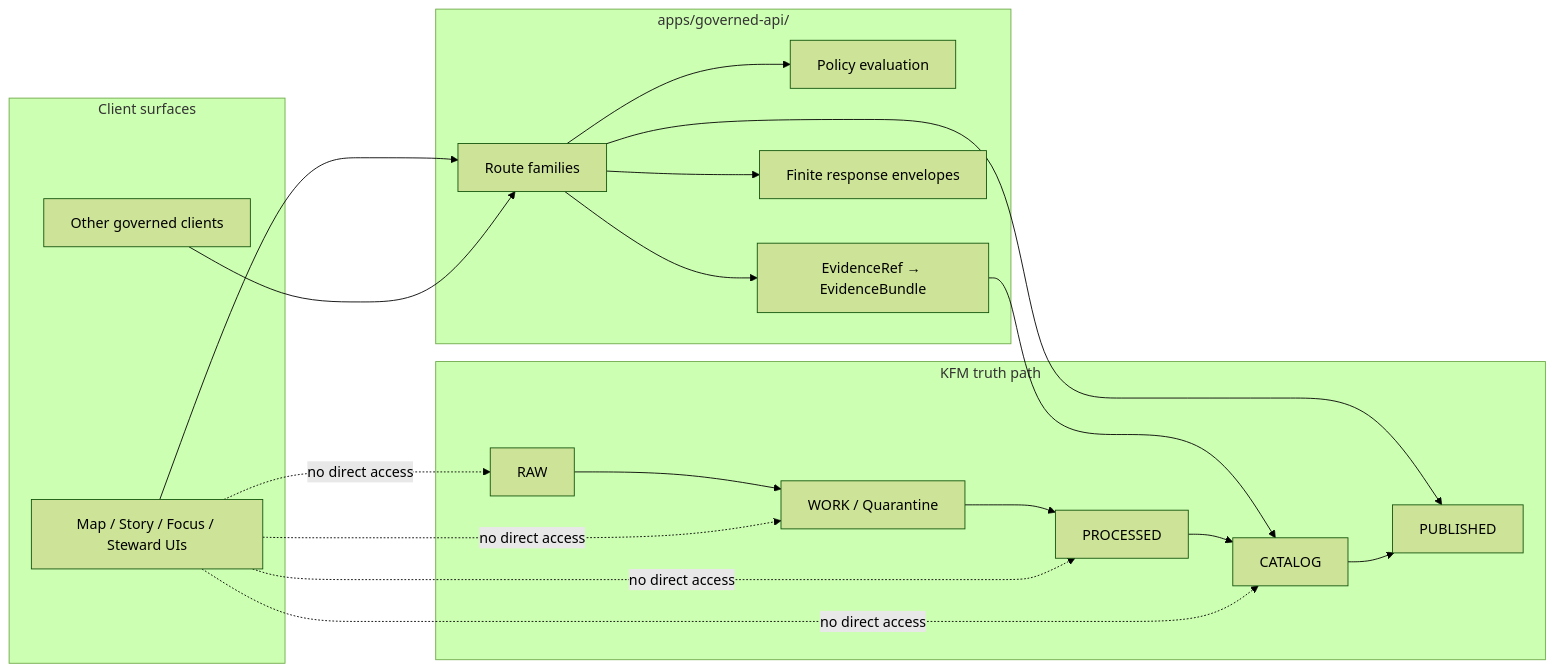
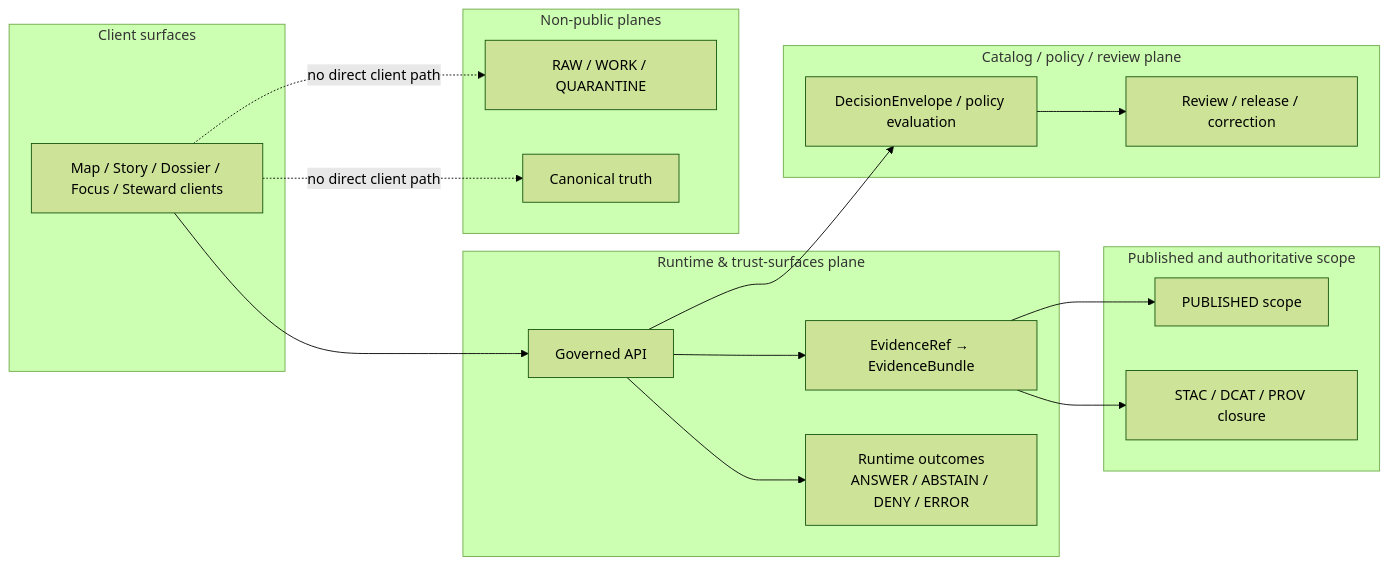
One commit to bartytime4life/Kansas-Frontier-Matrix changed the diagram in apps/governed-api/README.md. Above: the diagram before and after it, drawn with Mermaid (forest theme). The commit also changed other lines of this file, not shown here.

First line of the commit message:
Revise README for governed API with verification notes

````diff
--- a/apps/governed-api/README.md
+++ b/apps/governed-api/README.md
@@ -225,38 +225,38 @@
 ```mermaid
 flowchart LR
     subgraph Clients["Client surfaces"]
-        Map["Map / Story / Focus / Steward UIs"]
-        Other["Other governed clients"]
+        Map["Map / Story / Dossier / Focus / Steward clients"]
     end
 
-    subgraph API["apps/governed-api/"]
-        Routes["Route families"]
-        Policy["Policy evaluation"]
+    subgraph Runtime["Runtime & trust-surfaces plane"]
+        API["Governed API"]
         Resolver["EvidenceRef → EvidenceBundle"]
-        Runtime["Finite response envelopes"]
+        Envelope["Runtime outcomes\nANSWER / ABSTAIN / DENY / ERROR"]
     end
 
-    subgraph TruthPath["KFM truth path"]
-        RAW["RAW"]
-        WORK["WORK / Quarantine"]
-        PROC["PROCESSED"]
-        CAT["CATALOG"]
-        PUB["PUBLISHED"]
+    subgraph Control["Catalog / policy / review plane"]
+        Policy["DecisionEnvelope / policy evaluation"]
+        Review["Review / release / correction"]
     end
 
-    Map --> Routes
-    Other --> Routes
+    subgraph Data["Published and authoritative scope"]
+        Published["PUBLISHED scope"]
+        Closure["STAC / DCAT / PROV closure"]
+    end
 
-    Routes --> Policy
-    Routes --> Resolver
-    Resolver --> CAT
-    Routes --> PUB
-    Routes --> Runtime
+    subgraph NonPublic["Non-public planes"]
+        Raw["RAW / WORK / QUARANTINE"]
+        Canon["Canonical truth"]
+    end
 
-    RAW --> WORK --> PROC --> CAT --> PUB
+    Map --> API
+    API --> Policy
+    API --> Resolver
+    Resolver --> Published
+    Resolver --> Closure
+    Policy --> Review
+    API --> Envelope
 
-    Map -. no direct access .-> RAW
-    Map -. no direct access .-> WORK
-    Map -. no direct access .-> PROC
-    Map -. no direct access .-> CAT
+    Map -. no direct client path .-> Raw
+    Map -. no direct client path .-> Canon
 ```
````
